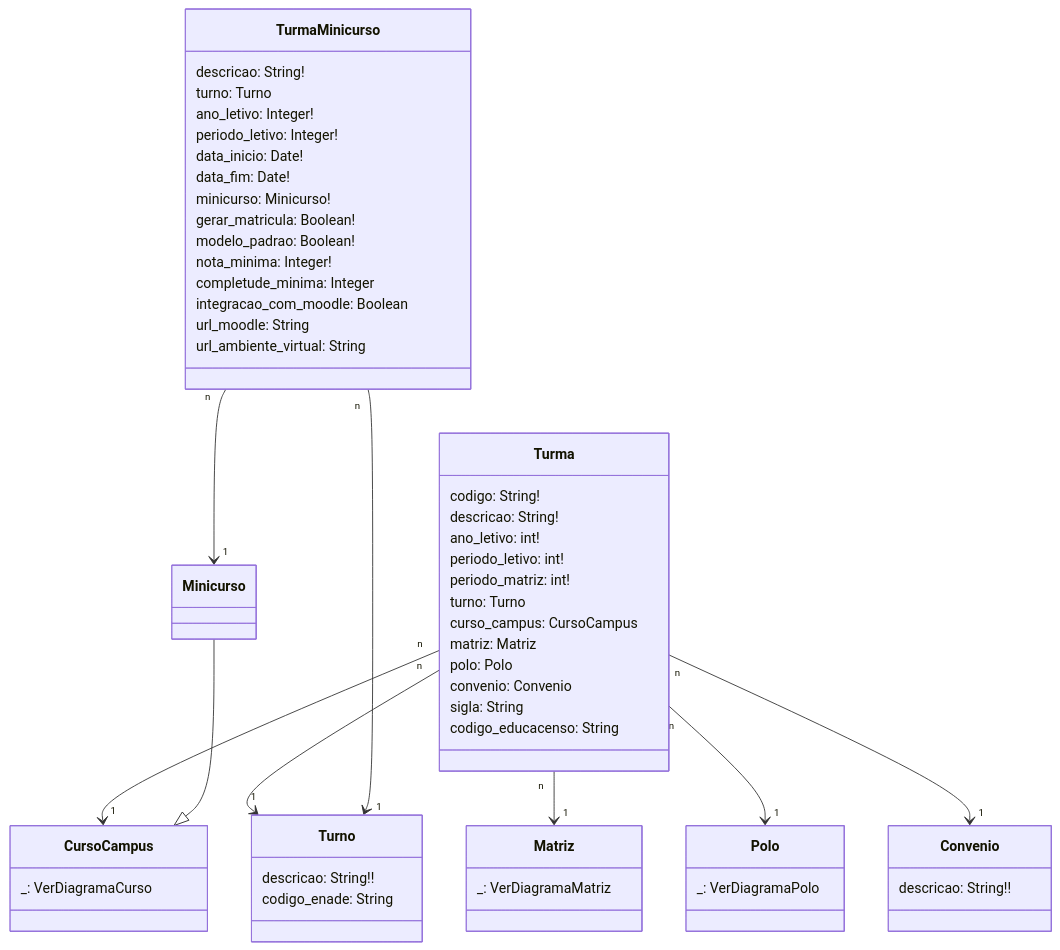
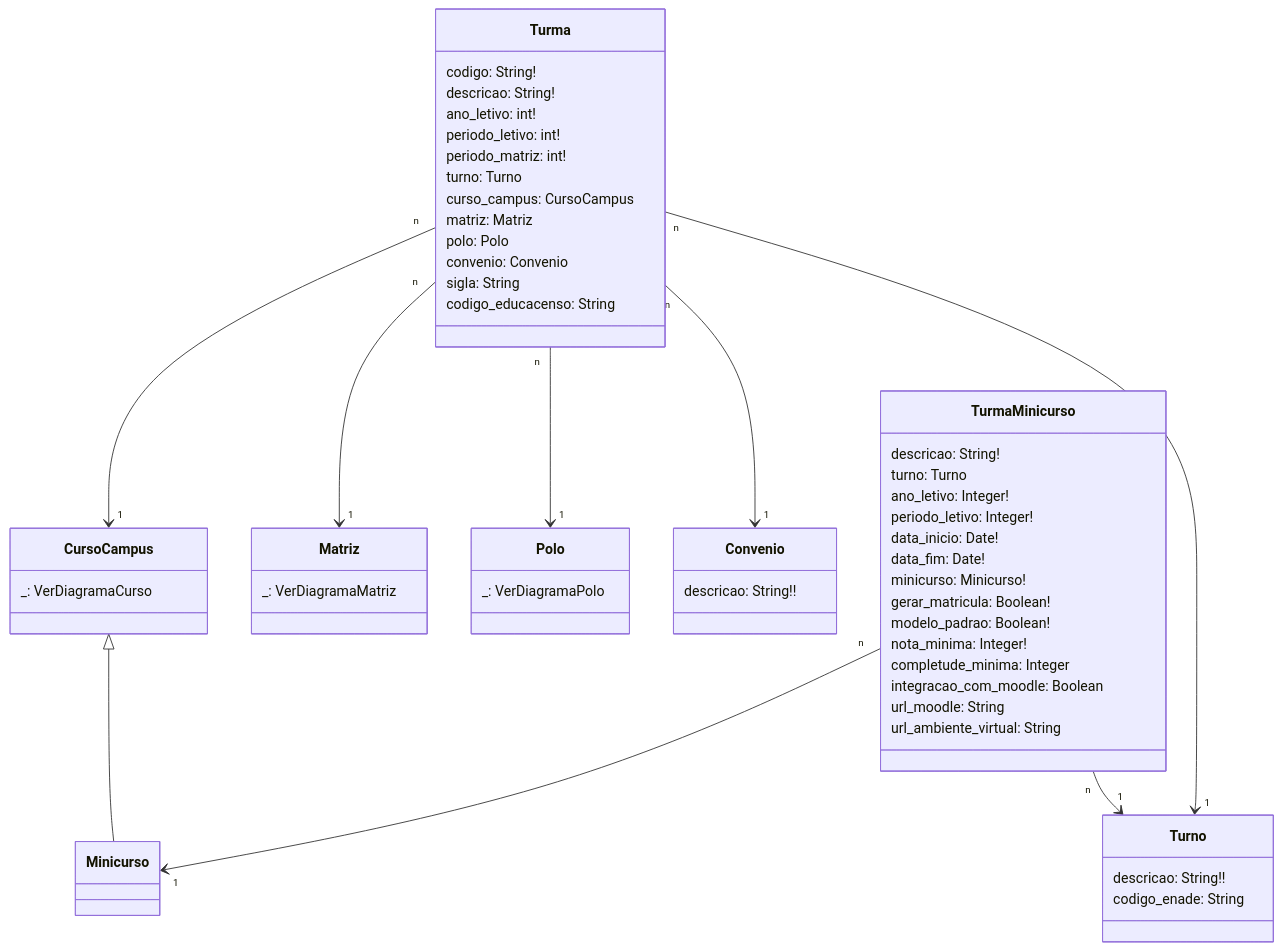
One commit to cte-zl-ifrn/cte-zl-ifrn.github.io changed the diagram in suap/modelo_edu_turma.md. Above: the diagram before and after it, drawn with Mermaid.

Commit message:
diagrama de turma

````diff
--- a/suap/modelo_edu_turma.md
+++ b/suap/modelo_edu_turma.md
@@ -5,65 +5,65 @@
 ```mermaid
 classDiagram
     class Turma{
         codigo: String!
         descricao: String!
         ano_letivo: int!
         periodo_letivo: int!
         periodo_matriz: int!
         turno: Turno
         curso_campus: CursoCampus
         matriz: Matriz
         polo: Polo
         convenio: Convenio
         sigla: String
         codigo_educacenso: String
     }
 
     class Turno{
         descricao: String!!
         codigo_enade: String
     }
     class CursoCampus {
         _: VerDiagramaCurso
     }
     class Matriz {
         _: VerDiagramaMatriz
     }
     class Polo {
         _: VerDiagramaPolo
     }
     class Convenio{
         descricao: String!!
     }
 
     class Minicurso {
     }
     class TurmaMinicurso{
         descricao: String!
         turno: Turno
         ano_letivo: Integer!
         periodo_letivo: Integer!
         data_inicio: Date!
         data_fim: Date!
         minicurso: Minicurso!
         gerar_matricula: Boolean!
         modelo_padrao: Boolean!
         nota_minima: Integer!
         completude_minima: Integer
         integracao_com_moodle: Boolean
         url_moodle: String
         url_ambiente_virtual: String
     }
 
     Turma  "n" --> "1" CursoCampus
     Turma "n" --> "1" Matriz
     Turma "n" --> "1" Polo
     Turma  "n" --> "1" Convenio
     Turma "n" --> "1" Turno
 
-    Minicurso --|> CursoCampus
+    CursoCampus <|-- Minicurso
 
     TurmaMinicurso "n" --> "1" Minicurso
     TurmaMinicurso "n" --> "1" Turno
 
 ```
````
